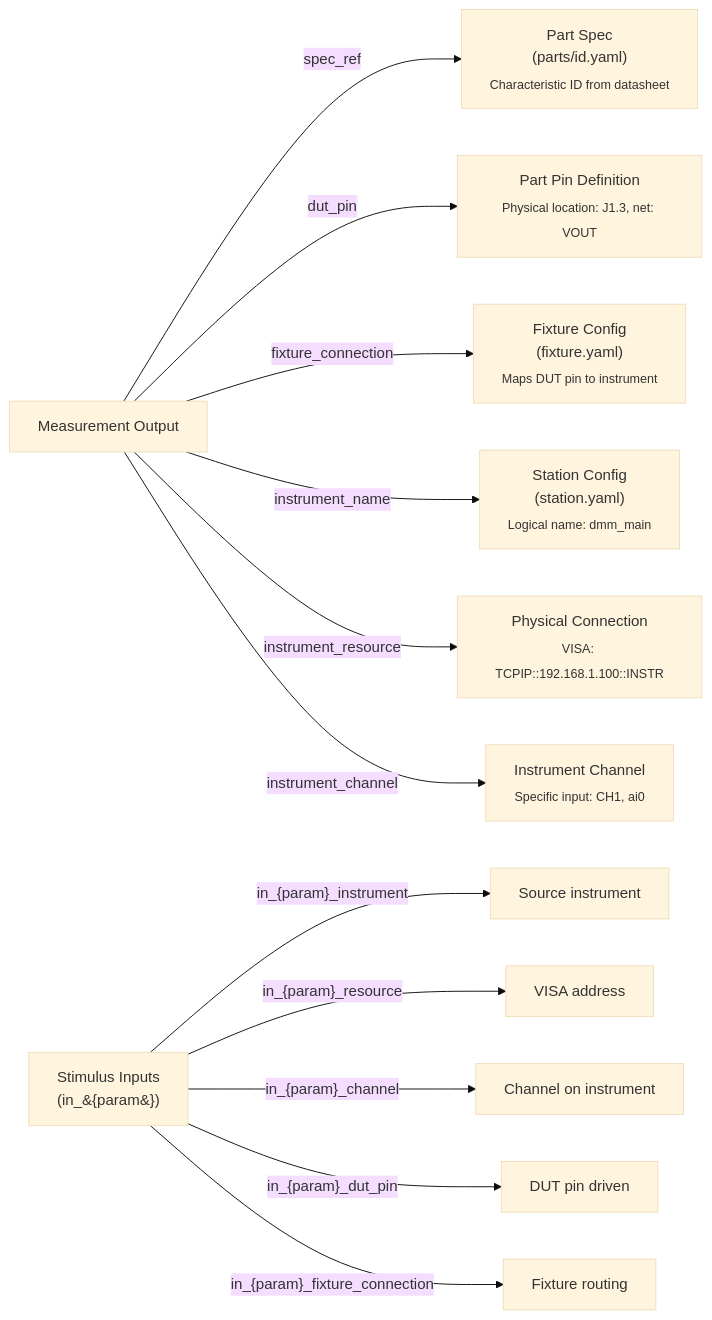
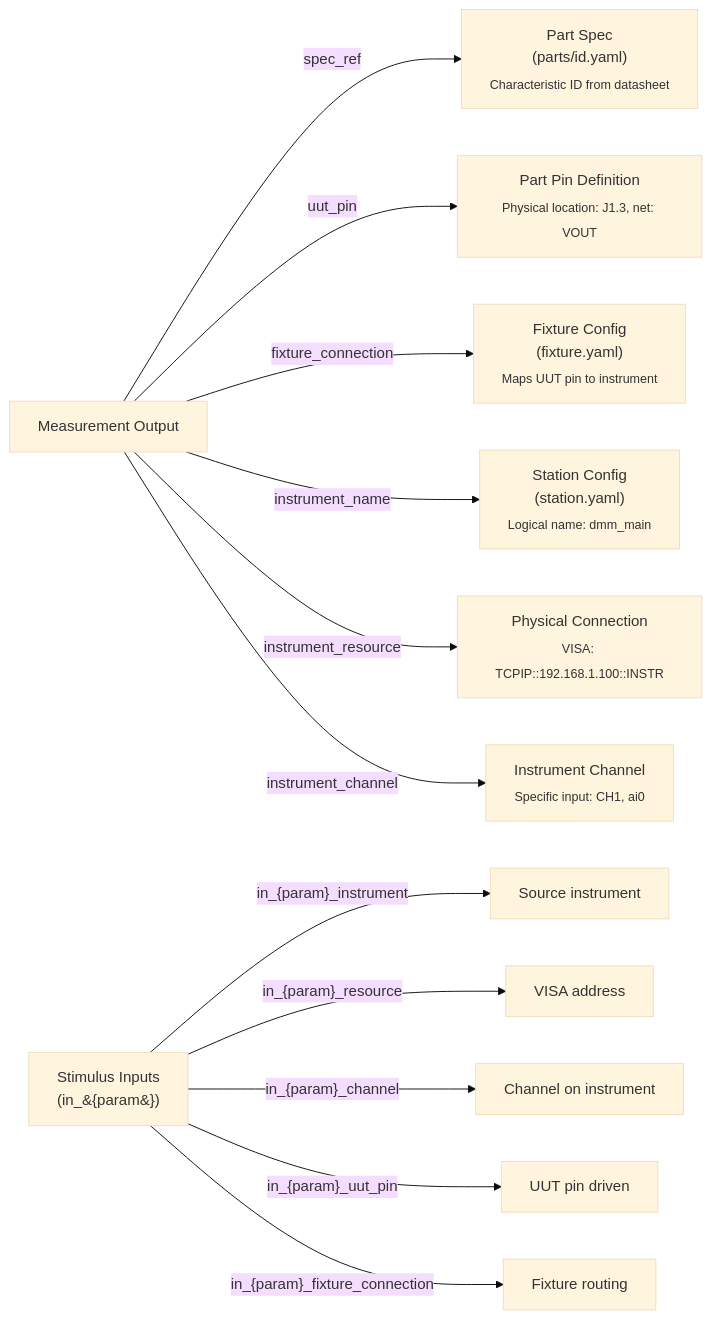
The diagram in docs/how-to/execution/traceability.md (pragmatest-dev/testerkit), drawn with Mermaid (base theme) before and after one commit. The commit also changed other lines of this file and 274 other files, not shown here.

````diff
--- a/docs/how-to/execution/traceability.md
+++ b/docs/how-to/execution/traceability.md
@@ -49,30 +49,30 @@
 ```mermaid
 flowchart LR
     meas["Measurement Output"]
     spec["Part Spec<br/>(parts/id.yaml)<br/><sub>Characteristic ID from datasheet</sub>"]
     pin["Part Pin Definition<br/><sub>Physical location: J1.3, net: VOUT</sub>"]
-    fix["Fixture Config<br/>(fixture.yaml)<br/><sub>Maps DUT pin to instrument</sub>"]
+    fix["Fixture Config<br/>(fixture.yaml)<br/><sub>Maps UUT pin to instrument</sub>"]
     sta["Station Config<br/>(station.yaml)<br/><sub>Logical name: dmm_main</sub>"]
     res["Physical Connection<br/><sub>VISA: TCPIP::192.168.1.100::INSTR</sub>"]
     ch["Instrument Channel<br/><sub>Specific input: CH1, ai0</sub>"]
 
     meas -- spec_ref --> spec
-    meas -- dut_pin --> pin
+    meas -- uut_pin --> pin
     meas -- fixture_connection --> fix
     meas -- instrument_name --> sta
     meas -- instrument_resource --> res
     meas -- instrument_channel --> ch
 
     stim["Stimulus Inputs<br/>(in_&#123;param&#125;)"]
     sinstr["Source instrument"]
     sres["VISA address"]
     sch["Channel on instrument"]
-    spin["DUT pin driven"]
+    spin["UUT pin driven"]
     sfix["Fixture routing"]
 
     stim -- in_{param}_instrument --> sinstr
     stim -- in_{param}_resource --> sres
     stim -- in_{param}_channel --> sch
-    stim -- in_{param}_dut_pin --> spin
+    stim -- in_{param}_uut_pin --> spin
     stim -- in_{param}_fixture_connection --> sfix
 ```
````
